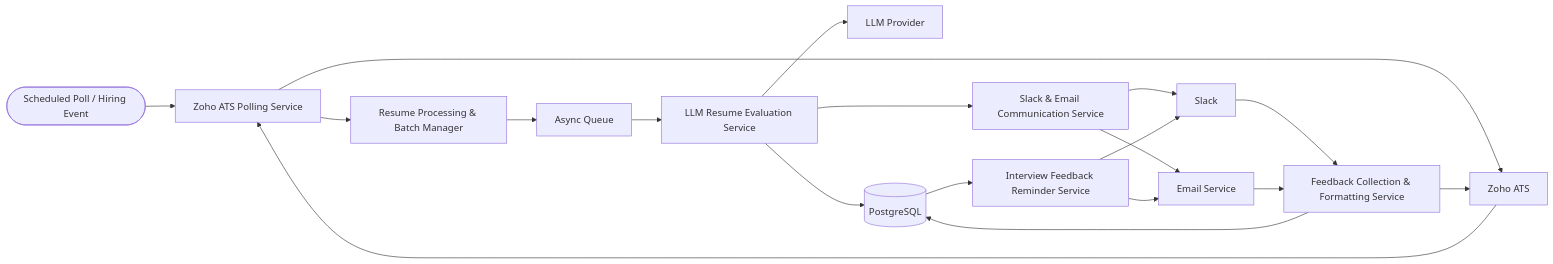
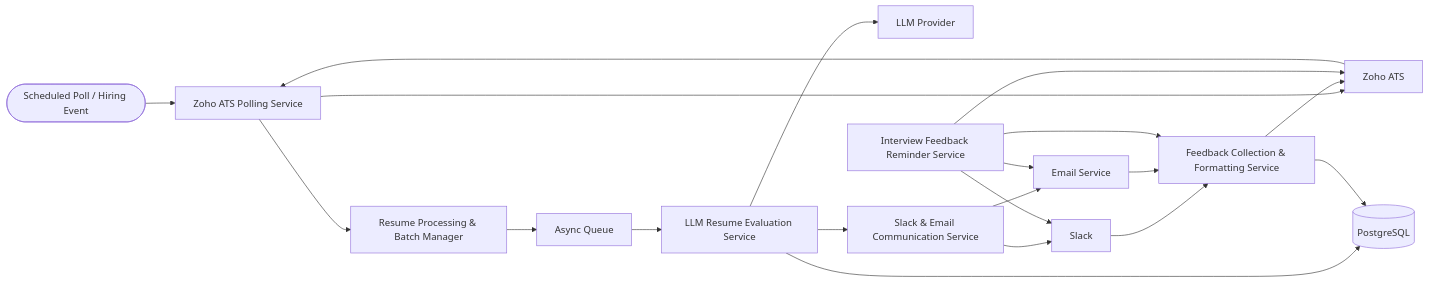
One commit to manav-gkmit/re-crude-docs changed the diagram in docs/architecture.md. Above: the diagram before and after it, drawn with Mermaid. The commit also changed 2 other files, not shown here.

Commit message:
Add future scope in index.md

````diff
--- a/docs/architecture.md
+++ b/docs/architecture.md
@@ -25,49 +24,52 @@
 ```mermaid
 flowchart LR
     %% Start Trigger
     Start([Scheduled Poll / Hiring Event])
 
     %% External Systems
     Zoho[Zoho ATS]
     Slack[Slack]
     Email[Email Service]
     LLM[LLM Provider]
 
     %% Core Services
     Poller[Zoho ATS Polling Service]
     ResumeQ[Resume Processing & Batch Manager]
     Eval[LLM Resume Evaluation Service]
     Comm[Slack & Email Communication Service]
     Feedback[Feedback Collection & Formatting Service]
+
+    %% Separate Service
     Reminder[Interview Feedback Reminder Service]
 
     %% Infrastructure
     Queue[Async Queue]
     DB[(PostgreSQL)]
 
     %% Primary Flow (Resume Evaluation)
     Start --> Poller
     Poller --> Zoho
     Zoho --> Poller
     Poller --> ResumeQ
     ResumeQ --> Queue
     Queue --> Eval
     Eval --> LLM
     Eval --> DB
     Eval --> Comm
 
     %% Communication Flow
     Comm --> Slack
     Comm --> Email
 
     %% Feedback Flow
     Slack --> Feedback
     Email --> Feedback
     Feedback --> DB
     Feedback --> Zoho
 
-    %% Reminder Flow
-    DB --> Reminder
+    %% Reminder Flow (Separate from LLM Evaluation)
     Reminder --> Slack
     Reminder --> Email
+    Reminder --> Feedback
+    Reminder --> Zoho
 ```
````
